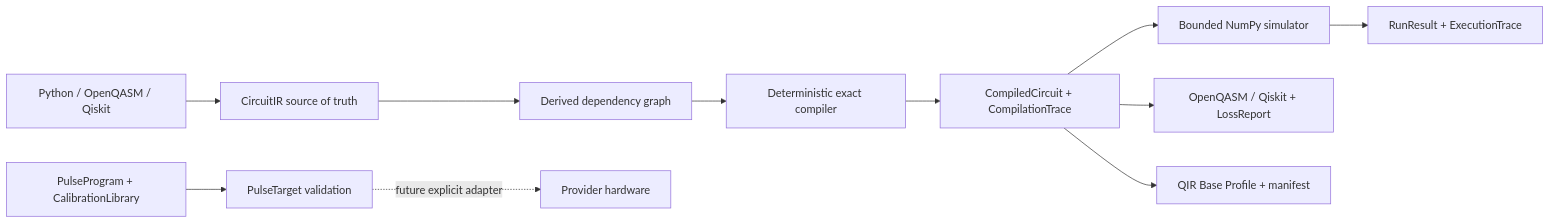
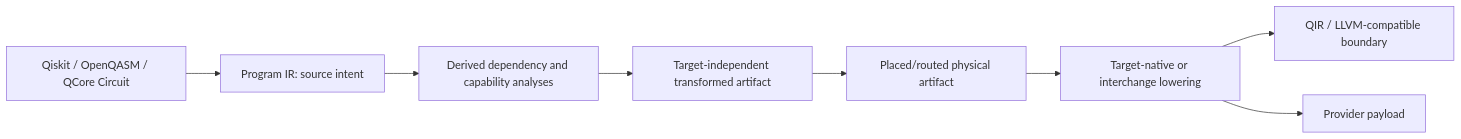
One commit to qplanck/qcore changed the third of 3 diagrams in docs/architecture.md. Above: the diagram before and after it, drawn with Mermaid. The commit also changed other lines of this file and 138 other files, not shown here.

Commit message:
Build QCore adaptive execution alpha

````diff
--- a/docs/architecture.md
+++ b/docs/architecture.md
@@ -10,13 +149,10 @@
 ```mermaid
 flowchart LR
-    SRC["Python / OpenQASM / Qiskit"] --> CIR["CircuitIR source of truth"]
-    CIR --> GRAPH["Derived dependency graph"]
-    GRAPH --> COMP["Deterministic exact compiler"]
-    COMP --> OUT["CompiledCircuit + CompilationTrace"]
-    OUT --> SIM["Bounded NumPy simulator"]
-    SIM --> RESULT["RunResult + ExecutionTrace"]
-    OUT --> OQ["OpenQASM / Qiskit + LossReport"]
-    OUT --> QIR["QIR Base Profile + manifest"]
-    PULSE["PulseProgram + CalibrationLibrary"] --> TARGET["PulseTarget validation"]
-    TARGET -. "future explicit adapter" .-> HW["Provider hardware"]
+    SRC["Qiskit / OpenQASM / QCore Circuit"] --> PIR["Program IR: source intent"]
+    PIR --> ANALYSIS["Derived dependency and capability analyses"]
+    ANALYSIS --> TIR["Target-independent transformed artifact"]
+    TIR --> PIR2["Placed/routed physical artifact"]
+    PIR2 --> LOW["Target-native or interchange lowering"]
+    LOW --> QIR["QIR / LLVM-compatible boundary"]
+    LOW --> PROVIDER["Provider payload"]
 ```
````
